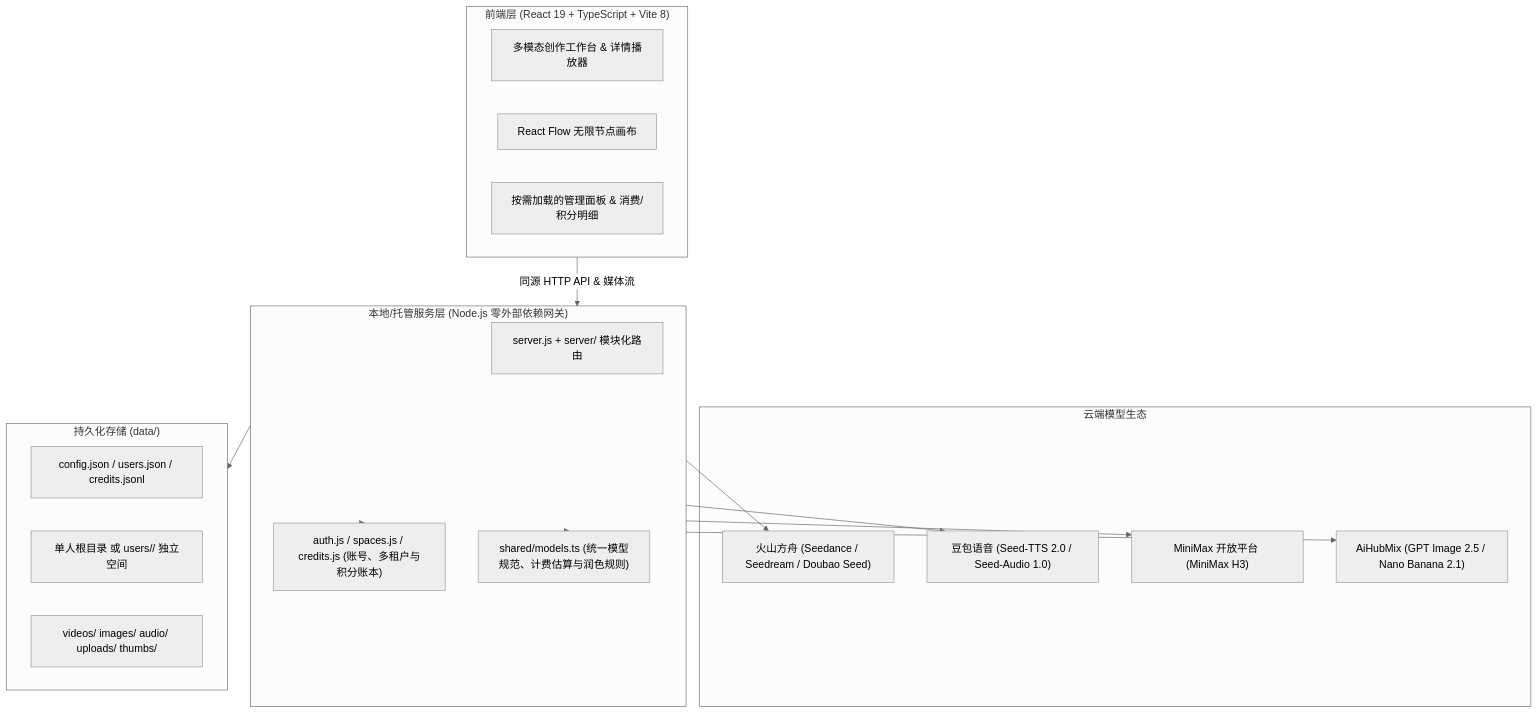
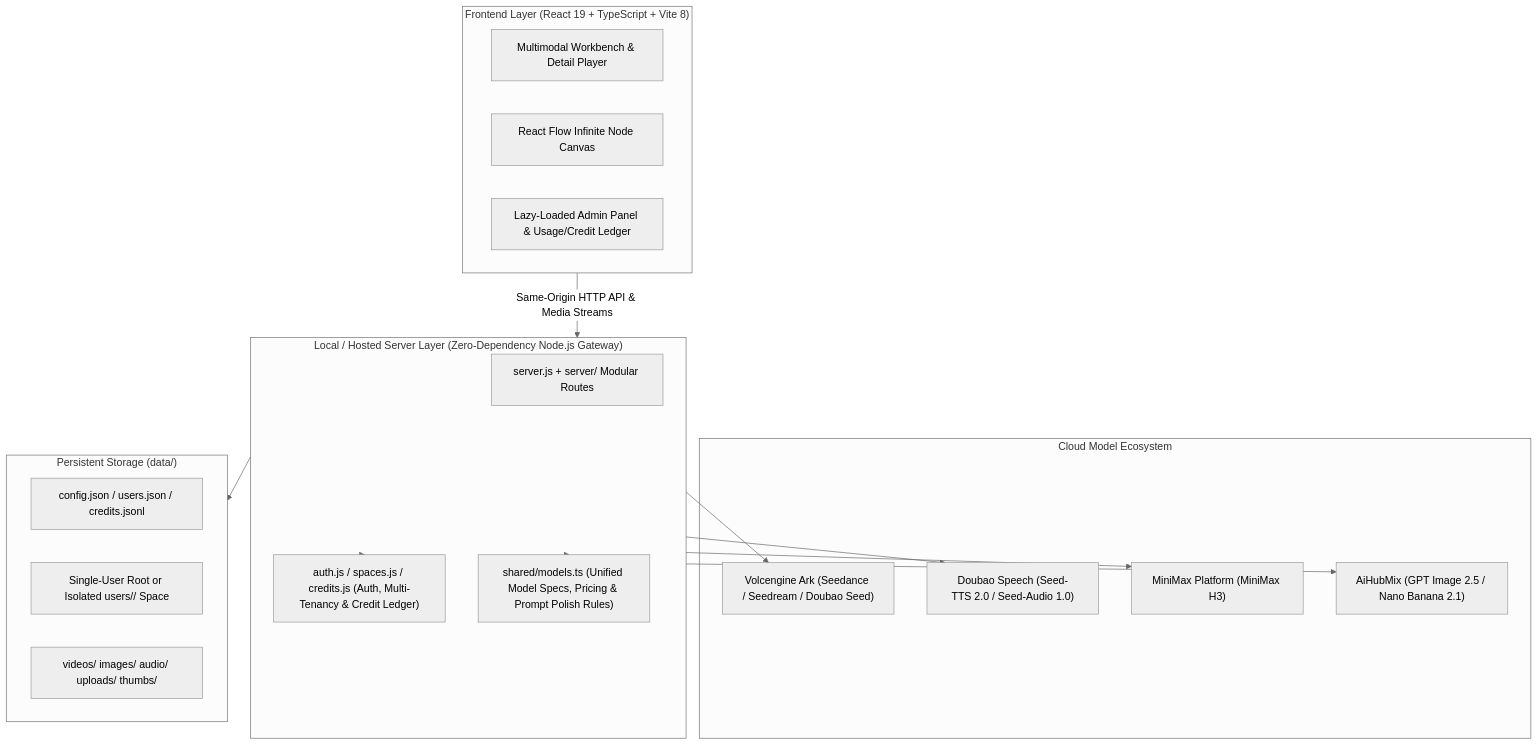
One commit to realruian/innate-studio changed the diagram in README.md. Above: the diagram before and after it, drawn with Mermaid (neutral theme). The commit also changed other lines of this file and 1 other file, not shown here.

````diff
--- a/README.md
+++ b/README.md
@@ -184,33 +186,33 @@
 ```mermaid
 flowchart TD
-    subgraph Client["前端层 (React 19 + TypeScript + Vite 8)"]
-        UI["多模态创作工作台 & 详情播放器"]
-        Canvas["React Flow 无限节点画布"]
-        AdminUI["按需加载的管理面板 & 消费/积分明细"]
+    subgraph Client["Frontend Layer (React 19 + TypeScript + Vite 8)"]
+        UI["Multimodal Workbench & Detail Player"]
+        Canvas["React Flow Infinite Node Canvas"]
+        AdminUI["Lazy-Loaded Admin Panel & Usage/Credit Ledger"]
     end
 
-    subgraph Core["本地/托管服务层 (Node.js 零外部依赖网关)"]
-        Server["server.js + server/ 模块化路由"]
-        Auth["auth.js / spaces.js / credits.js (账号、多租户与积分账本)"]
-        Registry["shared/models.ts (统一模型规范、计费估算与润色规则)"]
+    subgraph Core["Local / Hosted Server Layer (Zero-Dependency Node.js Gateway)"]
+        Server["server.js + server/ Modular Routes"]
+        Auth["auth.js / spaces.js / credits.js (Auth, Multi-Tenancy & Credit Ledger)"]
+        Registry["shared/models.ts (Unified Model Specs, Pricing & Prompt Polish Rules)"]
     end
 
-    subgraph Cloud["云端模型生态"]
-        Ark["火山方舟 (Seedance / Seedream / Doubao Seed)"]
-        Speech["豆包语音 (Seed-TTS 2.0 / Seed-Audio 1.0)"]
-        MM["MiniMax 开放平台 (MiniMax H3)"]
+    subgraph Cloud["Cloud Model Ecosystem"]
+        Ark["Volcengine Ark (Seedance / Seedream / Doubao Seed)"]
+        Speech["Doubao Speech (Seed-TTS 2.0 / Seed-Audio 1.0)"]
+        MM["MiniMax Platform (MiniMax H3)"]
         AHM["AiHubMix (GPT Image 2.5 / Nano Banana 2.1)"]
     end
 
-    subgraph Storage["持久化存储 (data/)"]
+    subgraph Storage["Persistent Storage (data/)"]
         Global["config.json / users.json / credits.jsonl"]
-        Space["单人根目录 或 users/<id>/ 独立空间"]
+        Space["Single-User Root or Isolated users/<id>/ Space"]
         Media["videos/ images/ audio/ uploads/ thumbs/"]
     end
 
-    Client -->|同源 HTTP API & 媒体流| Core
+    Client -->|Same-Origin HTTP API & Media Streams| Core
     Core --> Auth
     Core --> Registry
     Core --> Ark & Speech & MM & AHM
     Core --> Storage
 ```
````
